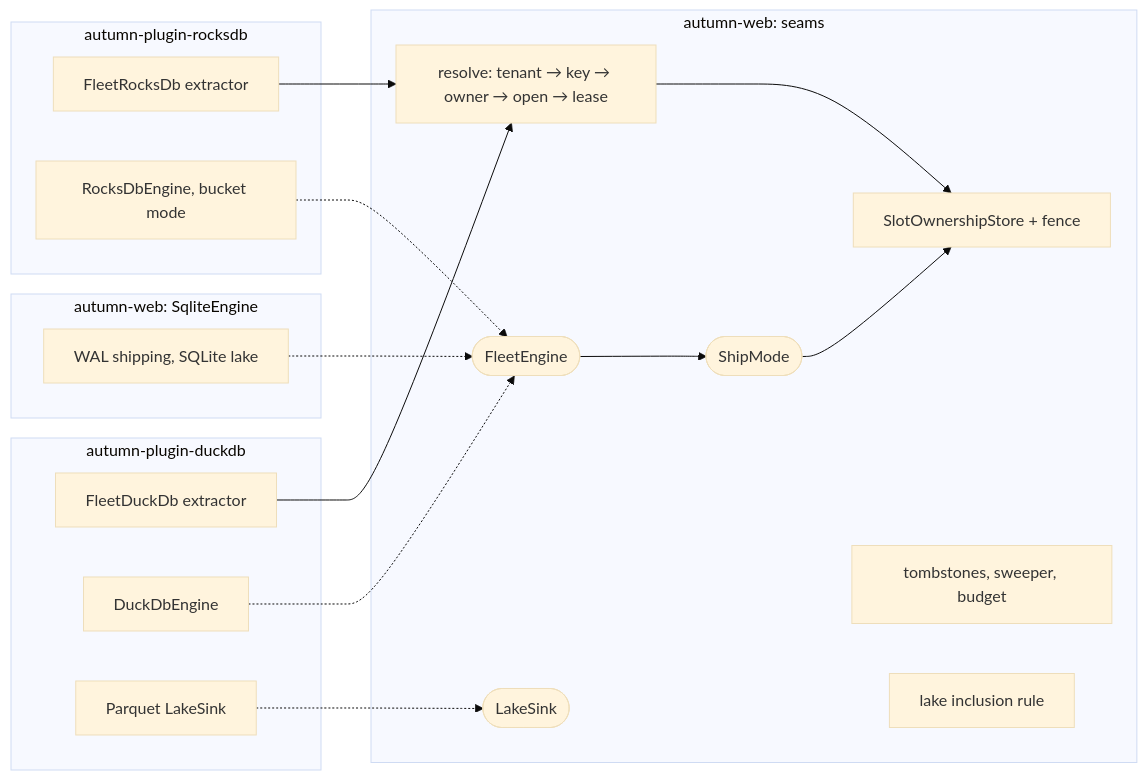
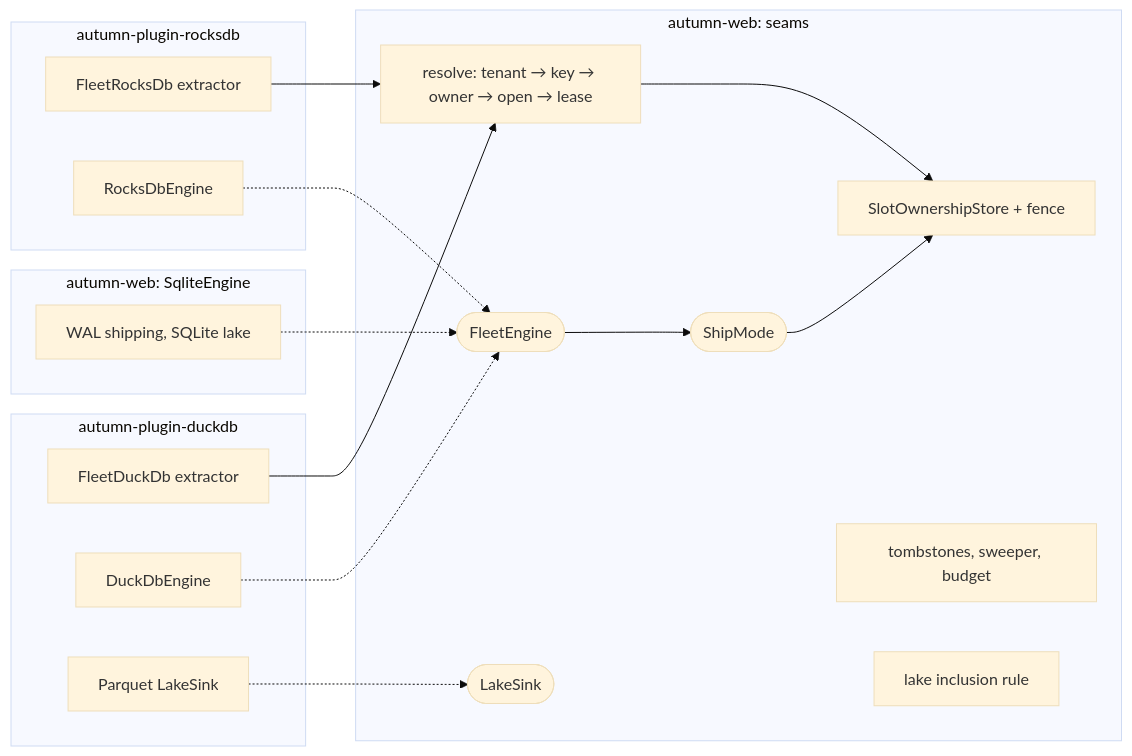
The diagram in docs/adr/0040-fleet-engine-seams.md (autumn-foundation/autumn), drawn with Mermaid (base theme) before and after one commit. The commit also changed other lines of this file, not shown here.

First line of the commit message:
docs(adr): 0040 keeps the fleet's two modes for every engine

````diff
--- a/docs/adr/0040-fleet-engine-seams.md
+++ b/docs/adr/0040-fleet-engine-seams.md
@@ -75,33 +75,33 @@
 ```mermaid
 flowchart LR
     subgraph core["autumn-web: seams"]
         R["resolve: tenant → key → owner → open → lease"]
         O["SlotOwnershipStore + fence"]
         T["tombstones, sweeper, budget"]
         L["lake inclusion rule"]
         E(["FleetEngine"])
         S(["ShipMode"])
         K(["LakeSink"])
     end
     subgraph sqlite["autumn-web: SqliteEngine"]
         SQ["WAL shipping, SQLite lake"]
     end
     subgraph duck["autumn-plugin-duckdb"]
         FD["FleetDuckDb extractor"]
         DE["DuckDbEngine"]
         PQ["Parquet LakeSink"]
     end
     subgraph rocks["autumn-plugin-rocksdb"]
         FR["FleetRocksDb extractor"]
-        RE["RocksDbEngine, bucket mode"]
+        RE["RocksDbEngine"]
     end
     SQ -.-> E
     DE -.-> E
     RE -.-> E
     PQ -.-> K
     FD --> R
     FR --> R
     R --> O
     E --> S
     S --> O
 ```
````
